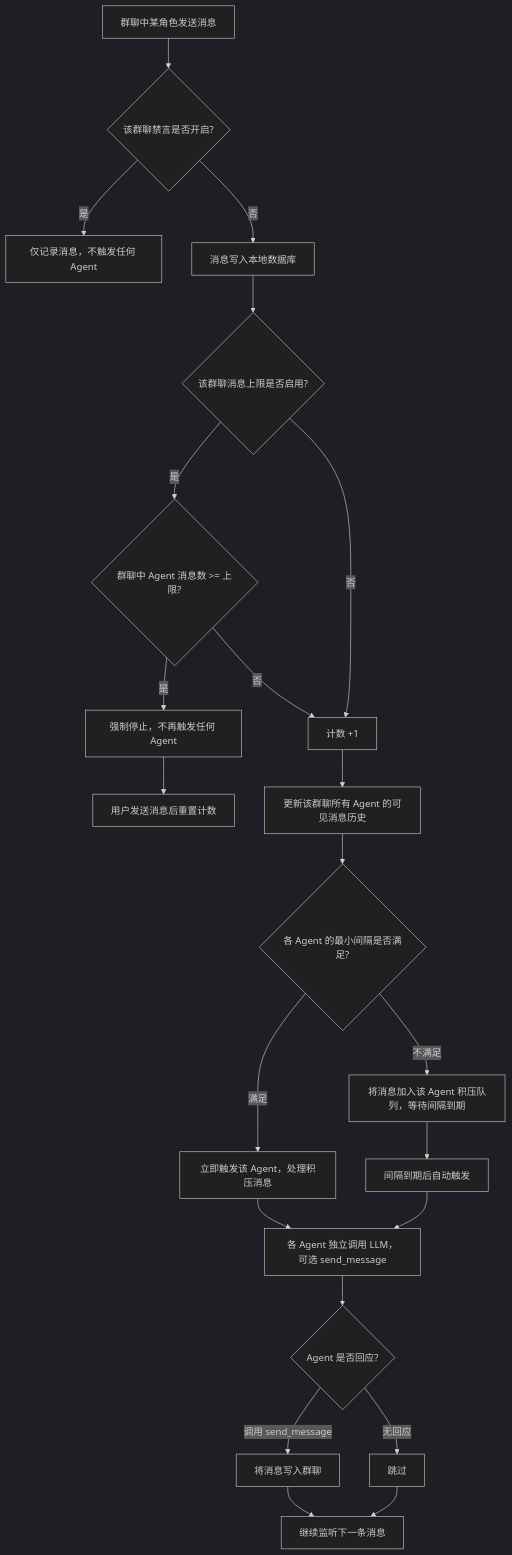
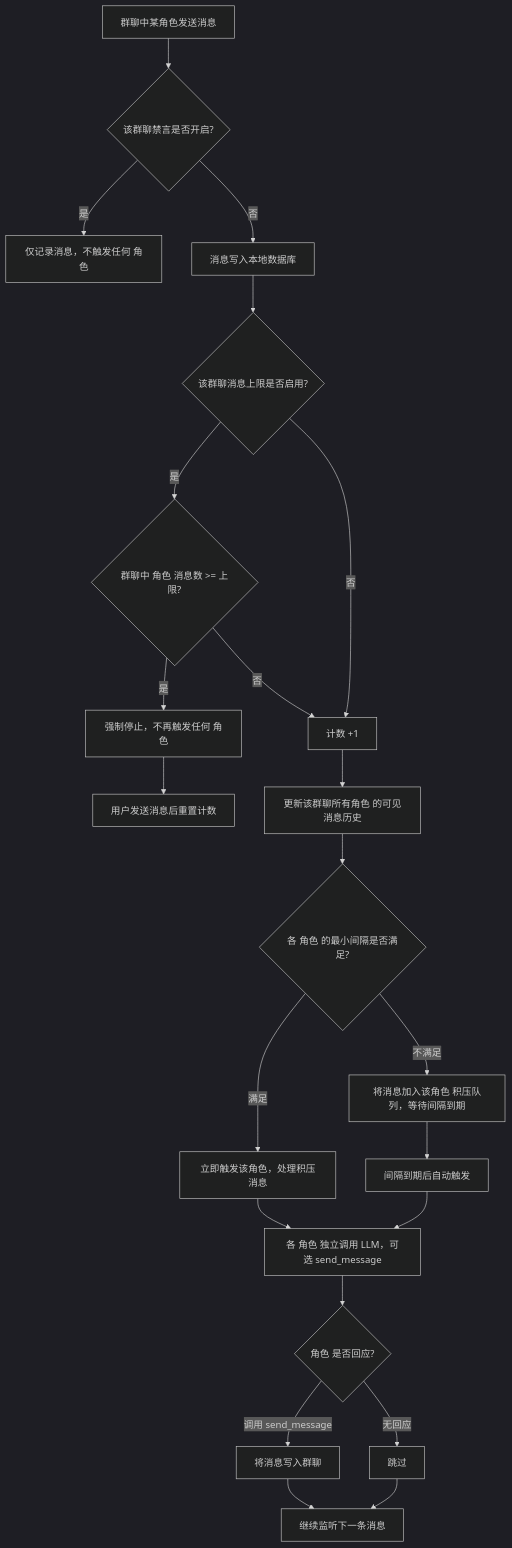
One commit to SupaNeko/AgentStage changed the fourth of 4 diagrams in docs/PRD.md. Above: the diagram before and after it, drawn with Mermaid (dark theme). The commit also changed other lines of this file and 10 other files, not shown here.

````diff
--- a/docs/PRD.md
+++ b/docs/PRD.md
@@ -138,24 +138,24 @@
 ```mermaid
 flowchart TD
     A[群聊中某角色发送消息] --> B{该群聊禁言是否开启?}
-    B -->|是| C[仅记录消息，不触发任何 Agent]
+    B -->|是| C[仅记录消息，不触发任何 角色]
     B -->|否| D[消息写入本地数据库]
     D --> E{该群聊消息上限是否启用?}
-    E -->|是| F{群聊中 Agent 消息数 >= 上限?}
-    F -->|是| G[强制停止，不再触发任何 Agent]
+    E -->|是| F{群聊中 角色 消息数 >= 上限?}
+    F -->|是| G[强制停止，不再触发任何 角色]
     F -->|否| H[计数 +1]
     E -->|否| H
-    H --> I[更新该群聊所有 Agent 的可见消息历史]
-    I --> J{各 Agent 的最小间隔是否满足?}
-    J -->|满足| K[立即触发该 Agent，处理积压消息]
-    J -->|不满足| L[将消息加入该 Agent 积压队列，等待间隔到期]
-    K --> M[各 Agent 独立调用 LLM，可选 send_message]
+    H --> I[更新该群聊所有角色 的可见消息历史]
+    I --> J{各 角色 的最小间隔是否满足?}
+    J -->|满足| K[立即触发该角色，处理积压消息]
+    J -->|不满足| L[将消息加入该角色 积压队列，等待间隔到期]
+    K --> M[各 角色 独立调用 LLM，可选 send_message]
     L --> N[间隔到期后自动触发]
     N --> M
-    M --> O{Agent 是否回应?}
+    M --> O{角色 是否回应?}
     O -->|调用 send_message| P[将消息写入群聊]
     O -->|无回应| Q[跳过]
     P --> R[继续监听下一条消息]
     Q --> R
     G --> S[用户发送消息后重置计数]
 ```
````
